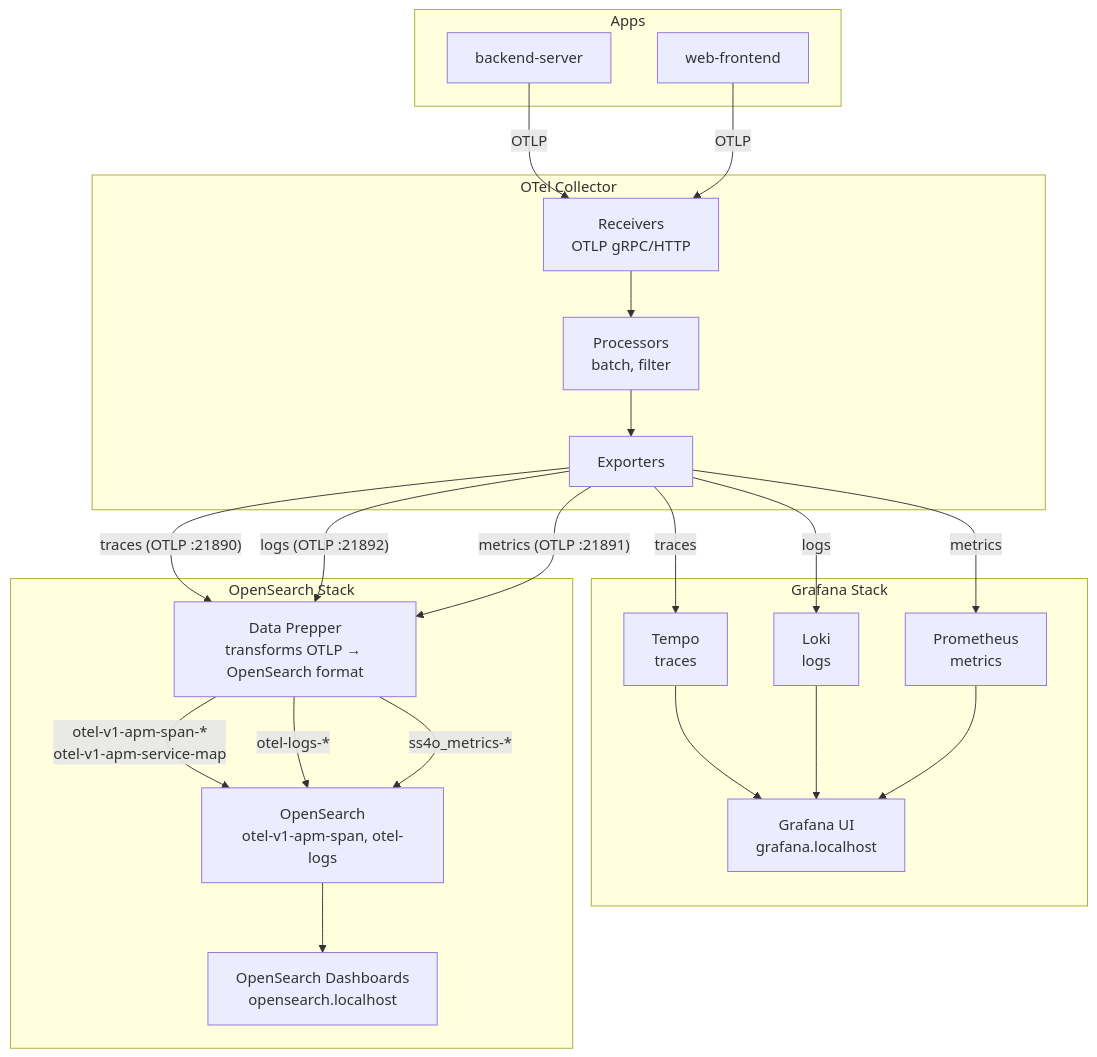
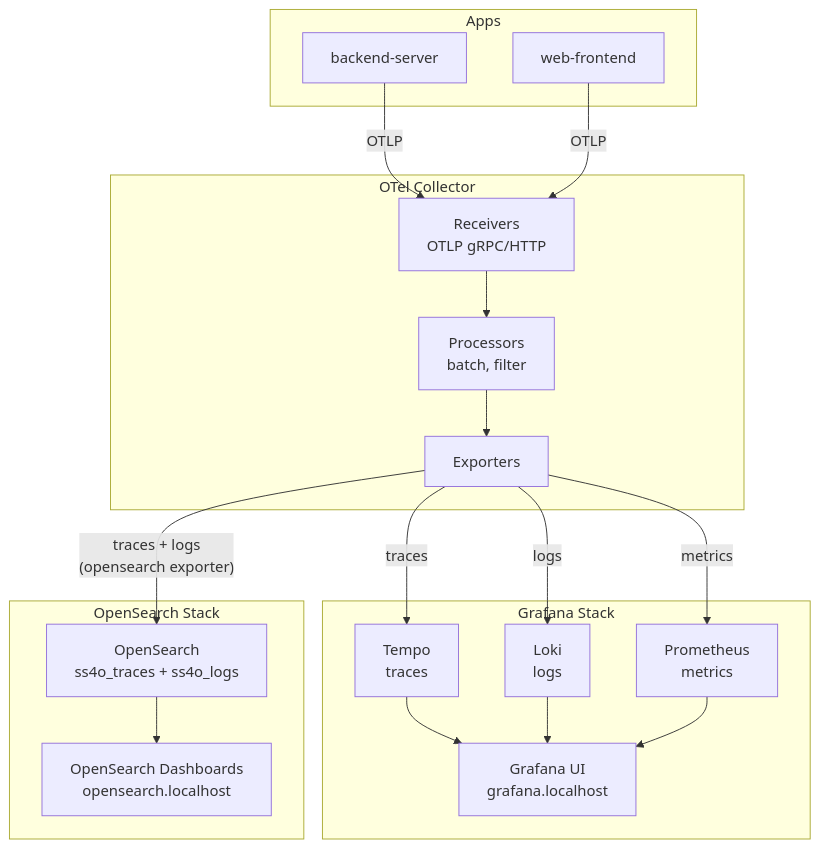
Before and after one commit to nyo-infra-study/infrastructure: the third of 6 diagrams in platform/monitoring/opensearch/OPENSEARCH-GUIDE.md, drawn with Mermaid. The commit also changed other lines of this file, not shown here.

Commit message:
docs: update OpenSearch guide to reflect no Data Prepper (ARM64 limitation)

````diff
--- a/platform/monitoring/opensearch/OPENSEARCH-GUIDE.md
+++ b/platform/monitoring/opensearch/OPENSEARCH-GUIDE.md
@@ -35,46 +35,39 @@
 ```mermaid
 graph TD
     subgraph Apps
         BS[backend-server]
         WF[web-frontend]
     end
 
     subgraph OTel[OTel Collector]
         RX[Receivers<br/>OTLP gRPC/HTTP]
         PR[Processors<br/>batch, filter]
         EX[Exporters]
     end
 
     subgraph Grafana Stack
         TEMPO[Tempo<br/>traces]
         LOKI[Loki<br/>logs]
         PROM[Prometheus<br/>metrics]
         GRAF[Grafana UI<br/>grafana.localhost]
     end
 
     subgraph OpenSearch Stack
-        DP[Data Prepper<br/>transforms OTLP → OpenSearch format]
-        OS[OpenSearch<br/>otel-v1-apm-span, otel-logs]
+        OS[OpenSearch<br/>ss4o_traces + ss4o_logs]
         OSD[OpenSearch Dashboards<br/>opensearch.localhost]
     end
 
     BS -->|OTLP| RX
     WF -->|OTLP| RX
     RX --> PR --> EX
 
     EX -->|traces| TEMPO
     EX -->|logs| LOKI
     EX -->|metrics| PROM
-    EX -->|"traces (OTLP :21890)"| DP
-    EX -->|"logs (OTLP :21892)"| DP
-    EX -->|"metrics (OTLP :21891)"| DP
-
-    DP -->|"otel-v1-apm-span-*<br/>otel-v1-apm-service-map"| OS
-    DP -->|"otel-logs-*"| OS
-    DP -->|"ss4o_metrics-*"| OS
+    EX -->|"traces + logs<br/>(opensearch exporter)"| OS
 
     TEMPO --> GRAF
     LOKI --> GRAF
     PROM --> GRAF
     OS --> OSD
 ```
````
